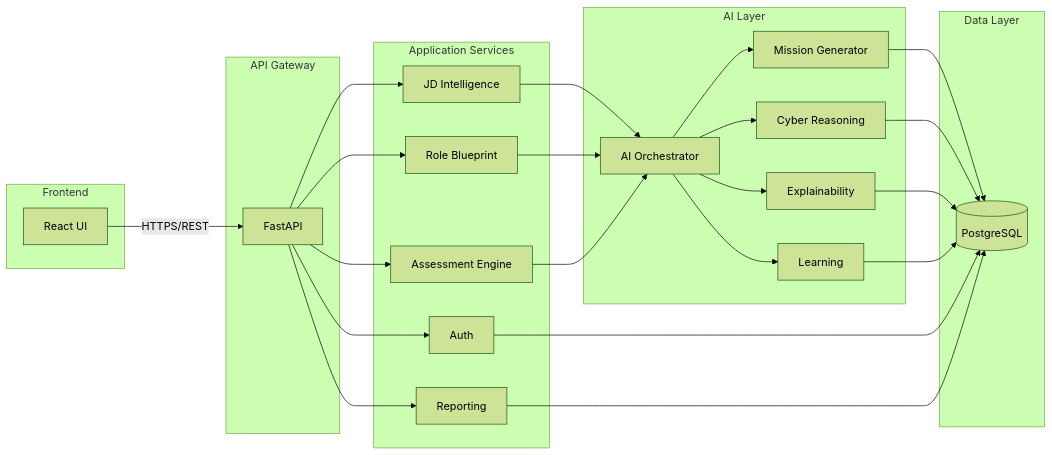
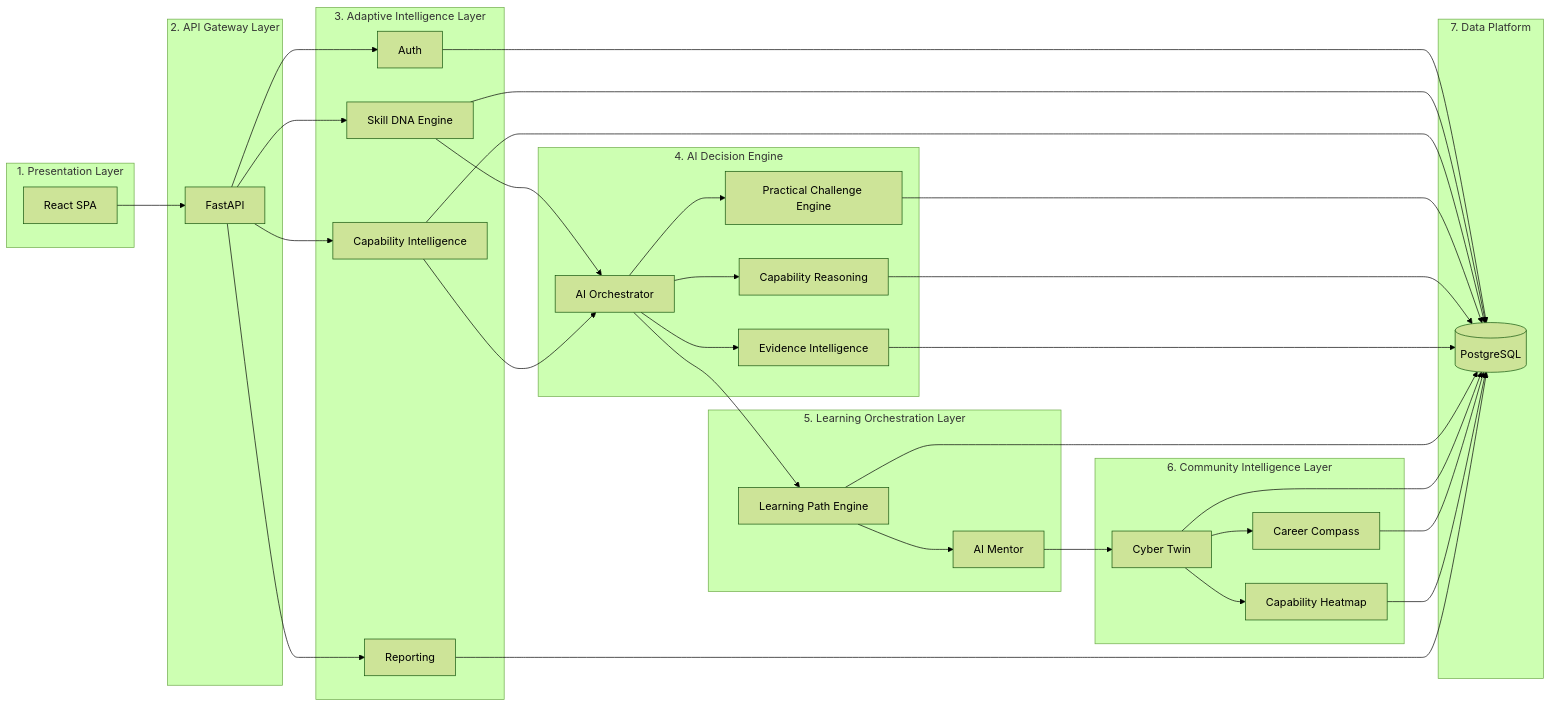
Before and after one commit to BL4CK-0PS/AegisIQ: the second of 13 diagrams in README.md, drawn with Mermaid (forest theme). The commit also changed other lines of this file and 88 other files, not shown here.

First line of the commit message:
docs: enhance all 40 docs with Mermaid diagrams and Related Documents

````diff
--- a/README.md
+++ b/README.md
@@ -146,46 +154,60 @@
 ```mermaid
 flowchart LR
-    subgraph Frontend["Frontend"]
-        React["React UI"]
+    subgraph Presentation["1. Presentation Layer"]
+        React["React SPA"]
     end
-    subgraph Gateway["API Gateway"]
+    subgraph Gateway["2. API Gateway Layer"]
         FA["FastAPI"]
     end
-    subgraph Services["Application Services"]
+    subgraph Adaptive["3. Adaptive Intelligence Layer"]
         AUTH["Auth"]
-        JD["JD Intelligence"]
-        RB["Role Blueprint"]
-        AE["Assessment Engine"]
+        SDE["Skill DNA Engine"]
+        CIE["Capability Intelligence"]
         RR["Reporting"]
     end
-    subgraph AI["AI Layer"]
+    subgraph AI["4. AI Decision Engine"]
         ORCH["AI Orchestrator"]
-        MGEN["Mission Generator"]
-        CRE2["Cyber Reasoning"]
-        EXPL["Explainability"]
-        LEARN["Learning"]
+        PCE["Practical Challenge Engine"]
+        CRE2["Capability Reasoning"]
+        EIE["Evidence Intelligence"]
     end
-    subgraph Data["Data Layer"]
+    subgraph Learning["5. Learning Orchestration Layer"]
+        LPE["Learning Path Engine"]
+        AM["AI Mentor"]
+    end
+    subgraph Community["6. Community Intelligence Layer"]
+        CT["Cyber Twin"]
+        CC["Career Compass"]
+        CH["Capability Heatmap"]
+    end
+    subgraph Data["7. Data Platform"]
         PG[("PostgreSQL")]
     end
 
-    React -->|"HTTPS/REST"| FA
+    React --> FA
     FA --> AUTH
-    FA --> JD
-    FA --> RB
-    FA --> AE
+    FA --> SDE
+    FA --> CIE
     FA --> RR
-    JD --> ORCH
-    RB --> ORCH
-    AE --> ORCH
-    ORCH --> MGEN
+    SDE --> ORCH
+    CIE --> ORCH
+    ORCH --> PCE
     ORCH --> CRE2
-    ORCH --> EXPL
-    ORCH --> LEARN
-    MGEN --> PG
+    ORCH --> EIE
+    ORCH --> LPE
+    LPE --> AM
+    AM --> CT
+    CT --> CC
+    CT --> CH
+    AUTH --> PG
+    SDE --> PG
+    CIE --> PG
+    PCE --> PG
     CRE2 --> PG
-    EXPL --> PG
-    LEARN --> PG
-    AUTH --> PG
+    EIE --> PG
+    LPE --> PG
+    CT --> PG
+    CC --> PG
+    CH --> PG
     RR --> PG
 ```
````
